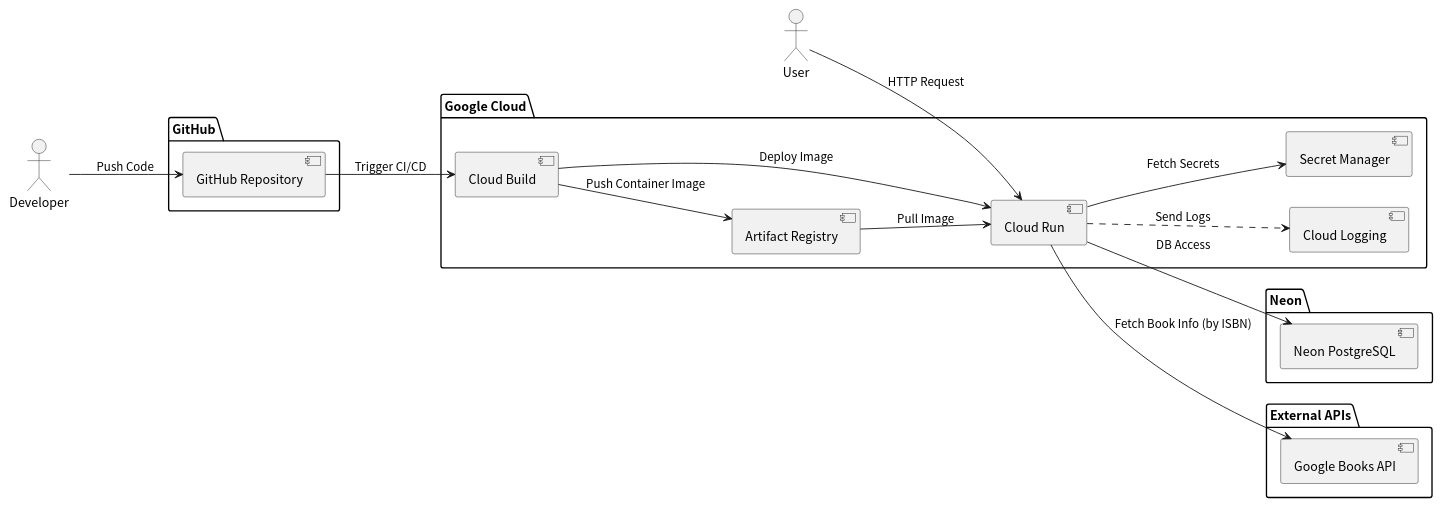
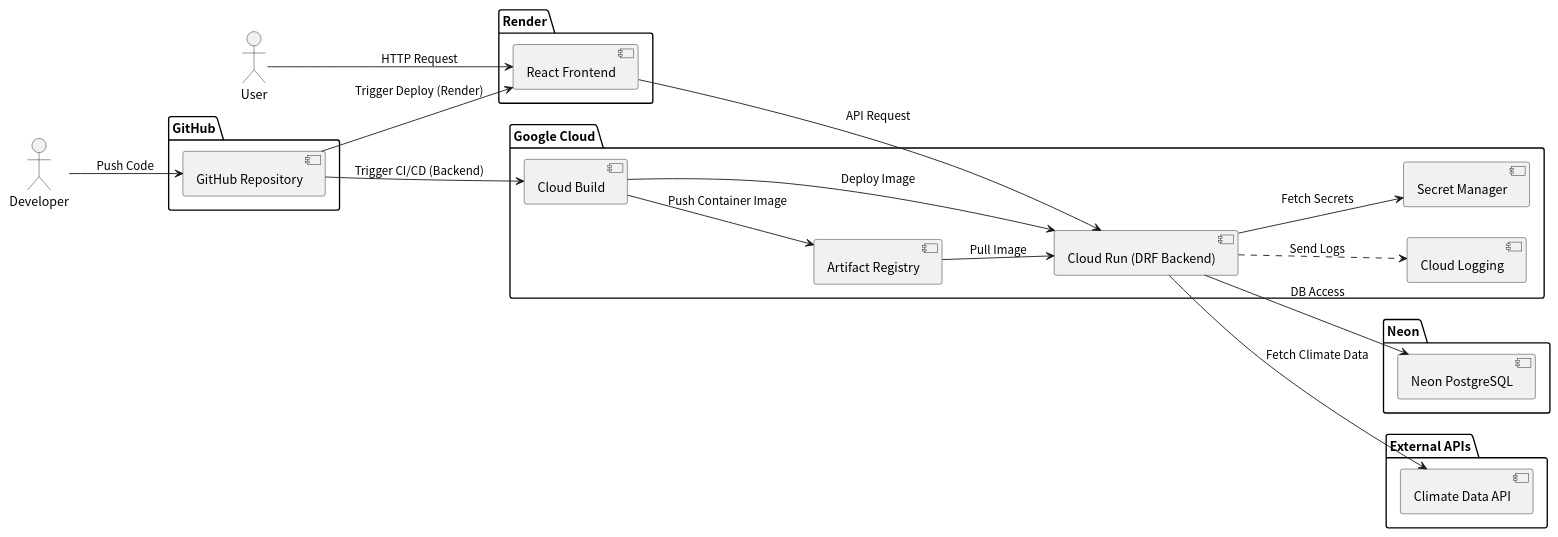
One commit to tomoki-shiozaki/climate-change-app changed the diagram in docs/system_architecture/system_architecture.pu. Above: the diagram before and after it, drawn with PlantUML. The commit also changed 1 other file, not shown here.

Commit message:
docs: add system architecture diagram (WIP)

```diff
--- a/docs/system_architecture/system_architecture.pu
+++ b/docs/system_architecture/system_architecture.pu
@@ -1,48 +1,51 @@
 @startuml system_architecture
 skinparam defaultFontName "Noto Sans CJK JP"
 left to right direction
-
 
 actor User
 actor Developer
 
 package "GitHub" {
   component "GitHub Repository" as GitHubRepo
 }
 
+package "Render" {
+  component "React Frontend" as Frontend
+}
+
 package "Google Cloud" {
   component "Cloud Build" as CloudBuild
   component "Artifact Registry" as ArtifactRegistry
-  component "Cloud Run" as CloudRun
+  component "Cloud Run (DRF Backend)" as CloudRun
   component "Cloud Logging" as Logging
   component "Secret Manager" as SecretManager
 }
 
 package "Neon" {
   component "Neon PostgreSQL" as NeonPostgreSQL
 }
 
 package "External APIs" {
-  component "Google Books API" as GoogleBooksAPI
+  component "Climate Data API" as ClimateAPI
 }
 
 ' 開発からデプロイ
 Developer --> GitHubRepo : Push Code
-GitHubRepo --> CloudBuild : Trigger CI/CD
+GitHubRepo --> CloudBuild : Trigger CI/CD (Backend)
 CloudBuild --> ArtifactRegistry : Push Container Image
 CloudBuild --> CloudRun : Deploy Image
 ArtifactRegistry --> CloudRun : Pull Image
 
+GitHubRepo --> Frontend : Trigger Deploy (Render)
+
 ' シークレット管理
 CloudRun --> SecretManager : Fetch Secrets
 
-
 ' アプリ実行
-User --> CloudRun : HTTP Request
+User --> Frontend : HTTP Request
+Frontend --> CloudRun : API Request
 CloudRun --> NeonPostgreSQL : DB Access
+CloudRun --> ClimateAPI : Fetch Climate Data
 CloudRun ..> Logging : Send Logs
 
-' 本の情報取得
-CloudRun --> GoogleBooksAPI : Fetch Book Info (by ISBN)
-
 @enduml
```
